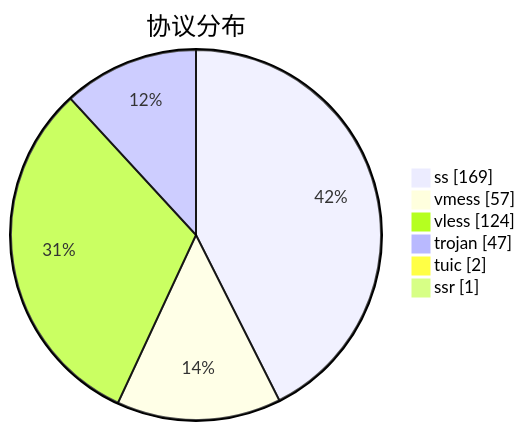
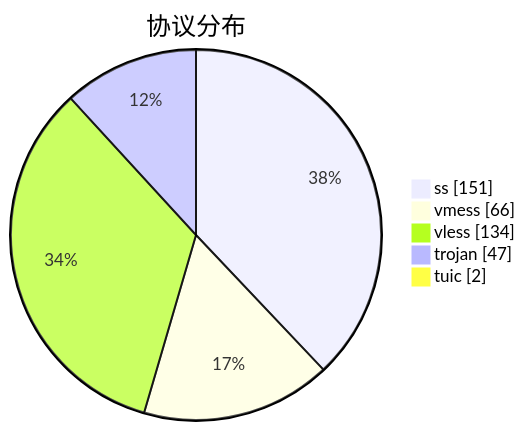
The third of 3 diagrams in subs/statistics/tested_within.md (qjlxg/airport), drawn with Mermaid before and after one commit. The commit also changed other lines of this file and 2 other files, not shown here.

````diff
--- a/subs/statistics/tested_within.md
+++ b/subs/statistics/tested_within.md
@@ -37,10 +35,9 @@
 ```mermaid
 pie showData
 title 协议分布
-"ss" : 169
-"vmess" : 57
-"vless" : 124
+"ss" : 151
+"vmess" : 66
+"vless" : 134
 "trojan" : 47
 "tuic" : 2
-"ssr" : 1
 ```
````
